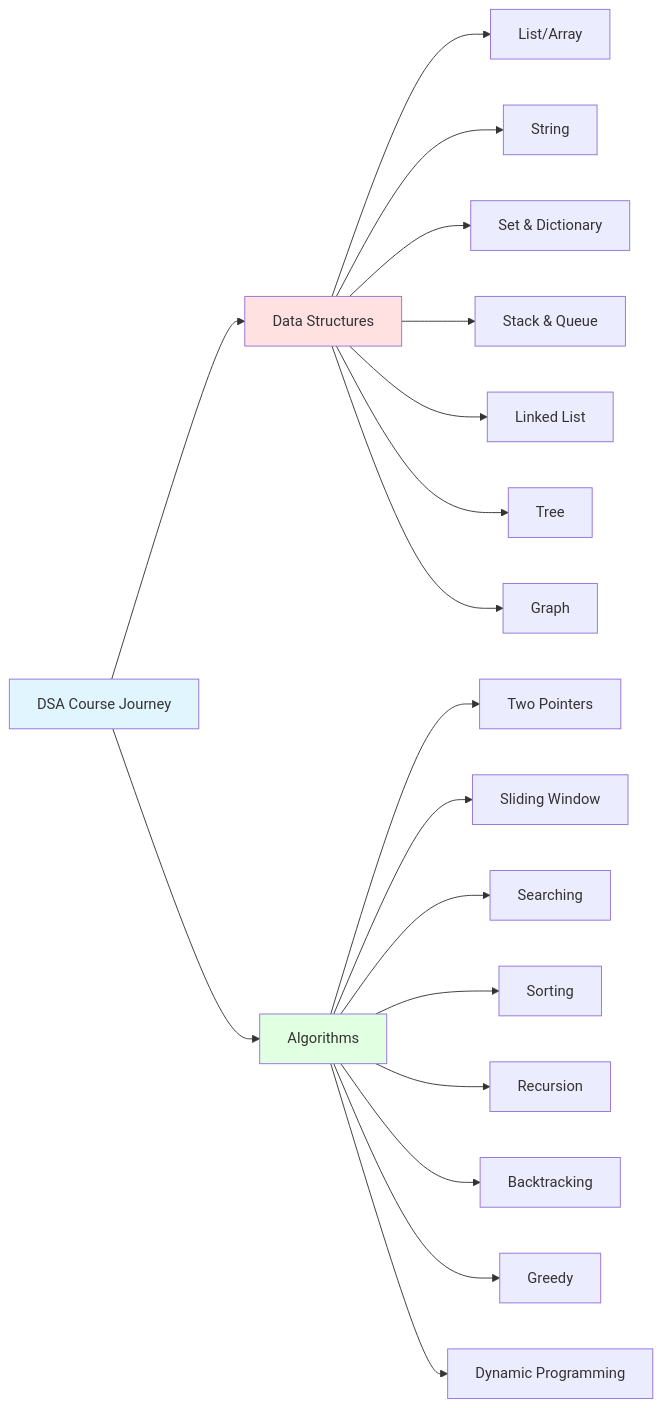
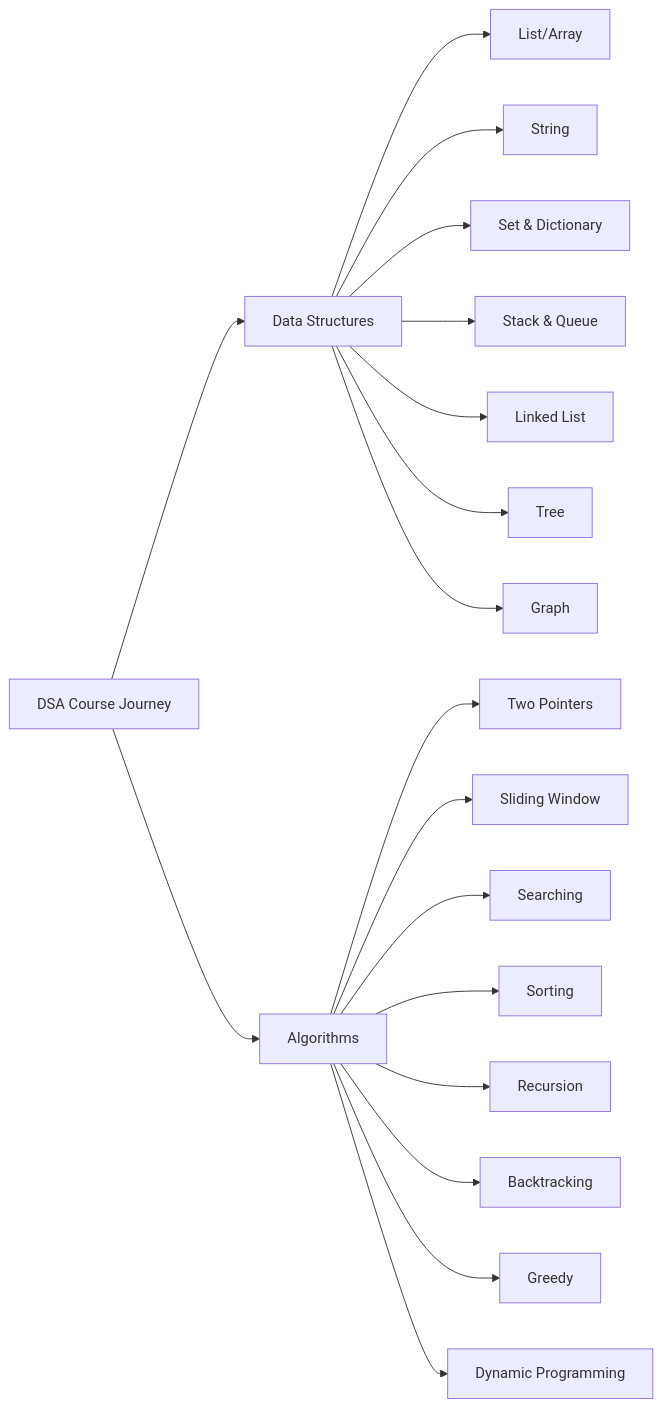
The third of 4 diagrams in Vizuara/1_Why to Learn DSA.md (Yash-Kavaiya/Python-DSA), drawn with Mermaid before and after one commit. The commit also changed other lines of this file, not shown here.

````diff
--- a/Vizuara/1_Why to Learn DSA.md
+++ b/Vizuara/1_Why to Learn DSA.md
@@ -199,26 +189,22 @@
 ```mermaid
 graph LR
     A[DSA Course Journey] --> B[Data Structures]
     A --> C[Algorithms]
     
     B --> D[List/Array]
     B --> E[String]
     B --> F[Set & Dictionary]
     B --> G[Stack & Queue]
     B --> H[Linked List]
     B --> I[Tree]
     B --> J[Graph]
     
     C --> K[Two Pointers]
     C --> L[Sliding Window]
     C --> M[Searching]
     C --> N[Sorting]
     C --> O[Recursion]
     C --> P[Backtracking]
     C --> Q[Greedy]
     C --> R[Dynamic Programming]
-    
-    style A fill:#e1f5ff
-    style B fill:#ffe1e1
-    style C fill:#e1ffe1
 ```
````
